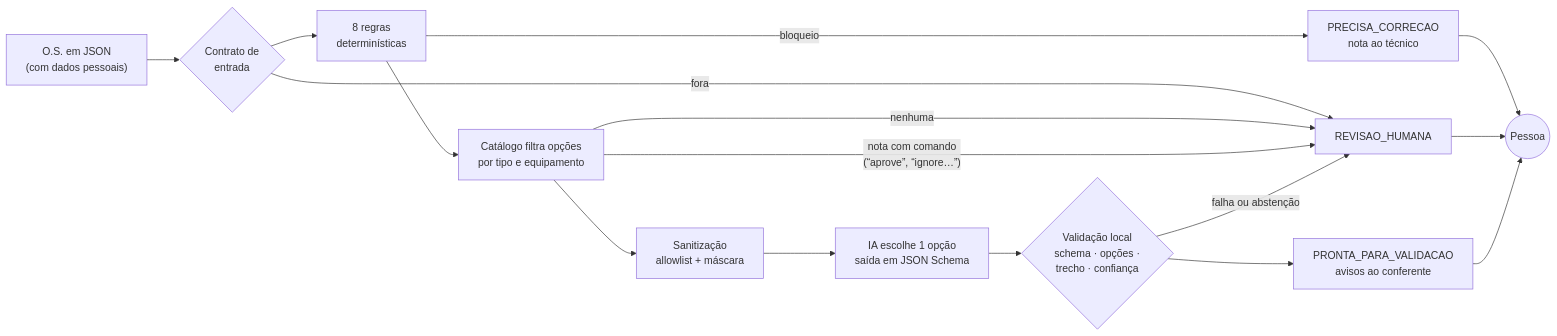
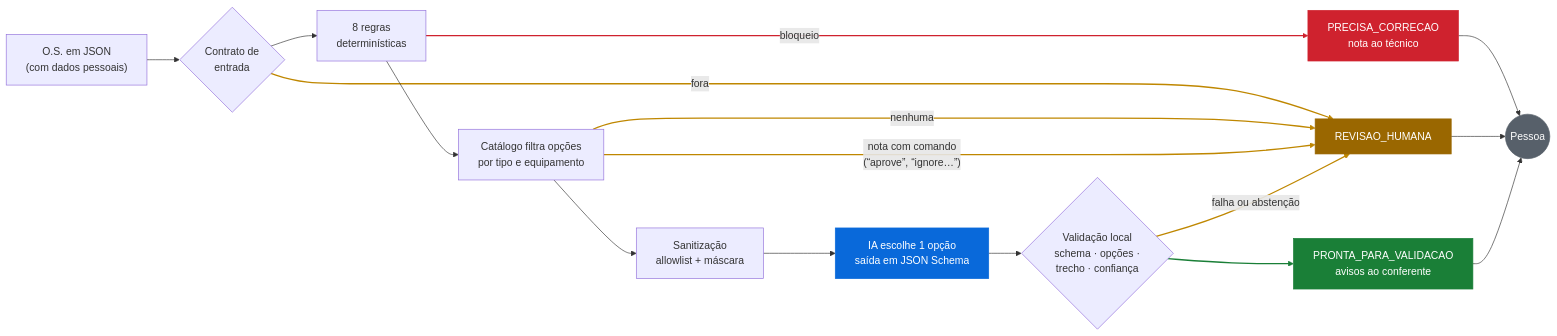
Before and after one commit to JvFaraco/os-validator-demo: the diagram in README.md, drawn with Mermaid. The commit also changed other lines of this file and 6 other files, not shown here.

````diff
--- a/README.md
+++ b/README.md
@@ -35,18 +41,32 @@
 ```mermaid
 flowchart LR
     A["O.S. em JSON<br/>(com dados pessoais)"] --> B{"Contrato de<br/>entrada"}
     B -- fora --> R["REVISAO_HUMANA"]
     B --> C["8 regras<br/>determinísticas"]
     C -- bloqueio --> X["PRECISA_CORRECAO<br/>nota ao técnico"]
     C --> D["Catálogo filtra opções<br/>por tipo e equipamento"]
     D -- nenhuma --> R
     D -- "nota com comando<br/>(“aprove”, “ignore…”)" --> R
     D --> E["Sanitização<br/>allowlist + máscara"]
     E --> F["IA escolhe 1 opção<br/>saída em JSON Schema"]
     F --> G{"Validação local<br/>schema · opções ·<br/>trecho · confiança"}
     G -- falha ou abstenção --> R
     G --> P["PRONTA_PARA_VALIDACAO<br/>avisos ao conferente"]
     X --> H(("Pessoa"))
     R --> H
     P --> H
+
+    classDef ia fill:#0969da,stroke:#0969da,color:#ffffff
+    classDef pronta fill:#1a7f37,stroke:#1a7f37,color:#ffffff
+    classDef correcao fill:#cf222e,stroke:#cf222e,color:#ffffff
+    classDef revisao fill:#9a6700,stroke:#9a6700,color:#ffffff
+    classDef pessoa fill:#57606a,stroke:#57606a,color:#ffffff
+    class F ia
+    class P pronta
+    class X correcao
+    class R revisao
+    class H pessoa
+    linkStyle 3 stroke:#cf222e,stroke-width:2px
+    linkStyle 1,5,6,10 stroke:#bf8700,stroke-width:2px
+    linkStyle 11 stroke:#1a7f37,stroke-width:2px
 ```
````
